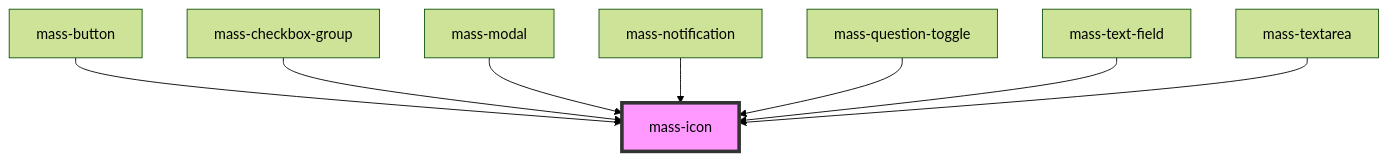
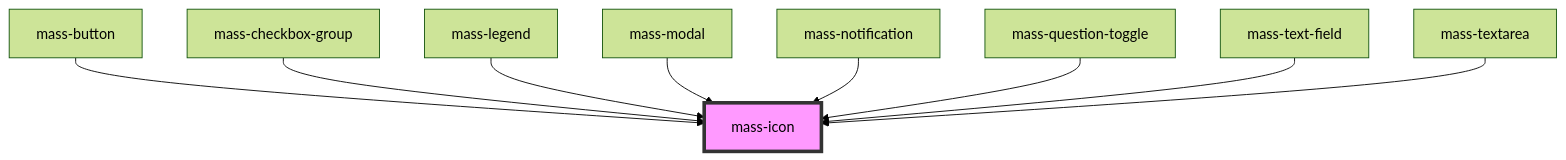
Before and after one commit to Alien4Hire/massive-networks-shared-components: the diagram in src/components/mass-icon/readme.md, drawn with Mermaid (forest theme). The commit also changed other lines of this file and 9 other files, not shown here.

Commit message:
MASS-006: legend with stories

````diff
--- a/src/components/mass-icon/readme.md
+++ b/src/components/mass-icon/readme.md
@@ -36,11 +37,12 @@
 ```mermaid
 graph TD;
   mass-button --> mass-icon
   mass-checkbox-group --> mass-icon
+  mass-legend --> mass-icon
   mass-modal --> mass-icon
   mass-notification --> mass-icon
   mass-question-toggle --> mass-icon
   mass-text-field --> mass-icon
   mass-textarea --> mass-icon
   style mass-icon fill:#f9f,stroke:#333,stroke-width:4px
 ```
````
